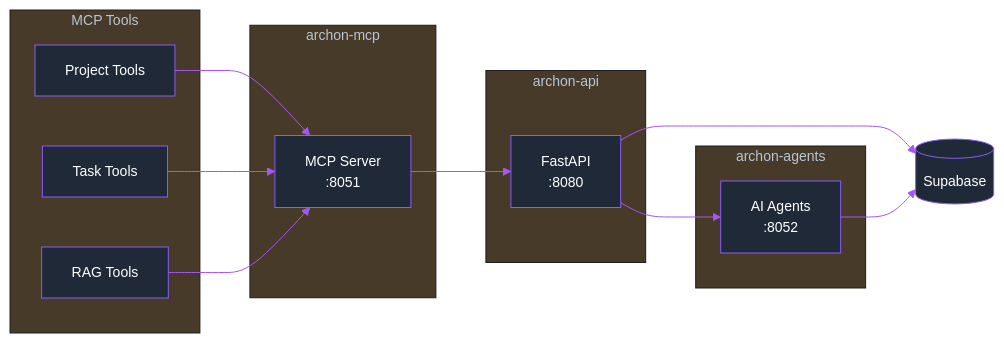
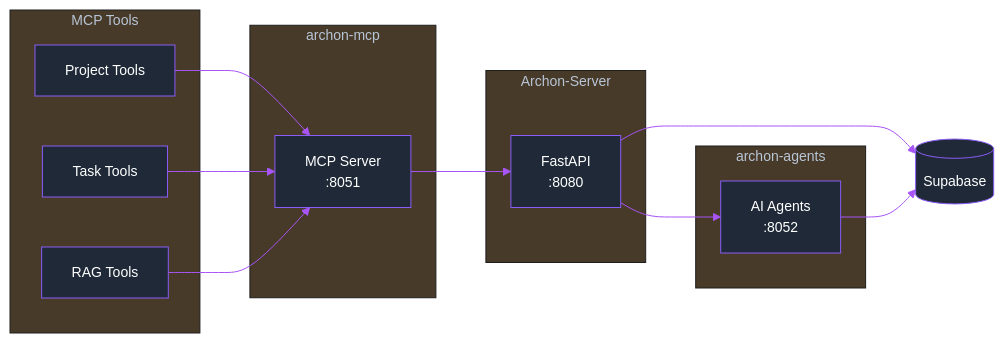
One commit to tarsonis125/mcp-crawl4ai-rag-ChromaDB-V1 changed the second of 3 diagrams in docs/docs/mcp-server.mdx. Above: the diagram before and after it, drawn with Mermaid. The commit also changed other lines of this file and 72 other files, not shown here.

First line of the commit message:
feat(docker): add documentation service and refactor server architecture

````diff
--- a/docs/docs/mcp-server.mdx
+++ b/docs/docs/mcp-server.mdx
@@ -119,46 +119,46 @@
 ```mermaid
 %%{init:{
   'theme':'base',
   'themeVariables': {
     'primaryColor':'#1f2937',
     'primaryTextColor':'#ffffff',
     'primaryBorderColor':'#8b5cf6',
     'lineColor':'#a855f7',
     'textColor':'#ffffff',
     'fontFamily':'Inter',
     'fontSize':'14px',
     'background':'#000000',
     'mainBkg':'#1f2937',
     'secondBkg':'#111827',
     'borderColor':'#8b5cf6'
   }
 }}%%
 graph LR
     subgraph "MCP Tools"
         MP[Project Tools]
         MT[Task Tools]
         MR[RAG Tools]
     end
     
     subgraph "archon-mcp"
         MCP[MCP Server<br/>:8051]
     end
     
-    subgraph "archon-api"
+    subgraph "Archon-Server"
         API[FastAPI<br/>:8080]
     end
     
     subgraph "archon-agents"
         AG[AI Agents<br/>:8052]
     end
     
     MP --> MCP
     MT --> MCP
     MR --> MCP
     
     MCP --> API
     API --> AG
     
     API --> DB[(Supabase)]
     AG --> DB
 ```
````
